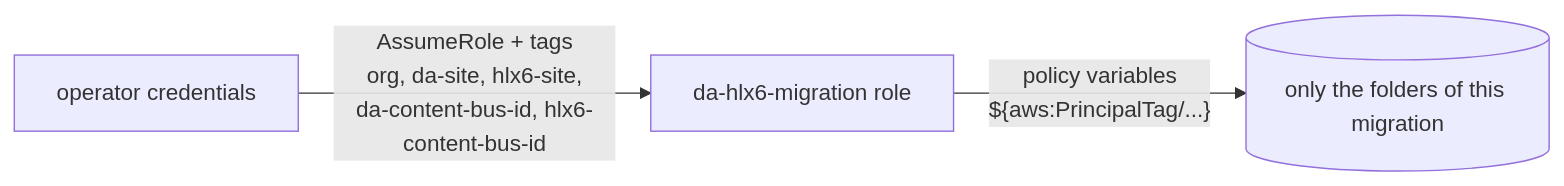
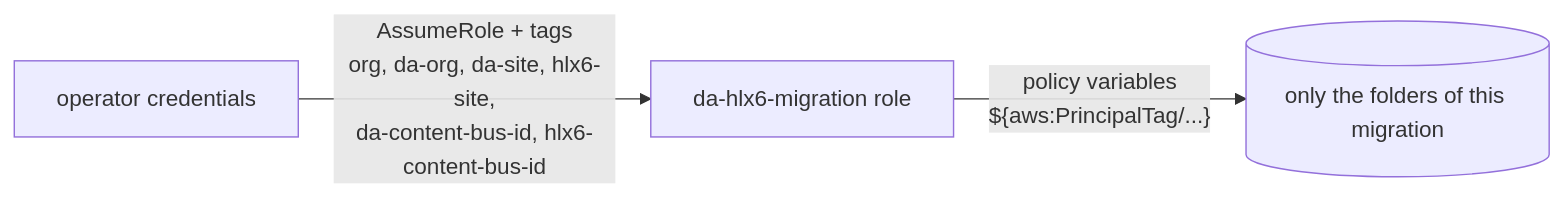
The diagram in docs/01-access-and-tooling.md (kptdobe/da-hlx6-migration), drawn with Mermaid before and after one commit. The commit also changed other lines of this file and 15 other files, not shown here.

````diff
--- a/docs/01-access-and-tooling.md
+++ b/docs/01-access-and-tooling.md
@@ -41,5 +41,5 @@
 ```mermaid
 flowchart LR
-  op[operator credentials] -- "AssumeRole + tags\norg, da-site, hlx6-site,\nda-content-bus-id, hlx6-content-bus-id" --> role[da-hlx6-migration role]
+  op[operator credentials] -- "AssumeRole + tags\norg, da-org, da-site, hlx6-site,\nda-content-bus-id, hlx6-content-bus-id" --> role[da-hlx6-migration role]
   role -- "policy variables\n${aws:PrincipalTag/...}" --> s3[(only the folders of this migration)]
 ```
````
